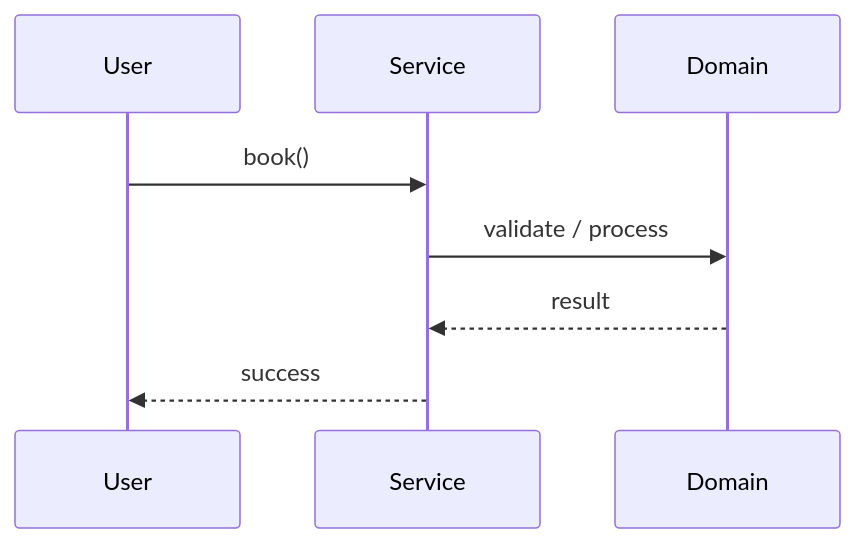
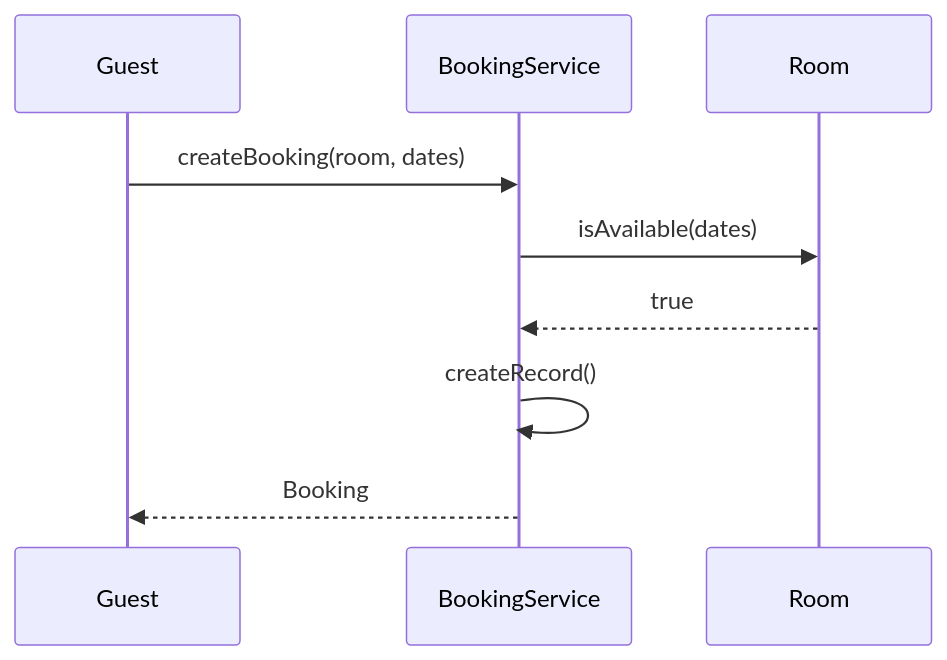
Before and after one commit to madhupaila/Interview-Prep-SSE: the second of 3 diagrams in Learn/System Design - Low Level Design/02-classic-ood/questions/Q04-hotel-booking.md, drawn with Mermaid. The commit also changed other lines of this file and 491 other files, not shown here.

````diff
--- a/Learn/System Design - Low Level Design/02-classic-ood/questions/Q04-hotel-booking.md
+++ b/Learn/System Design - Low Level Design/02-classic-ood/questions/Q04-hotel-booking.md
@@ -122,10 +151,11 @@
 ```mermaid
 sequenceDiagram
-    participant U as User
-    participant S as Service
-    participant D as Domain
-    U->>S: book()
-    S->>D: validate / process
-    D-->>S: result
-    S-->>U: success
+participant G as Guest
+participant B as BookingService
+participant R as Room
+G->>B: createBooking(room, dates)
+B->>R: isAvailable(dates)
+R-->>B: true
+B->>B: createRecord()
+B-->>G: Booking
 ```
````
